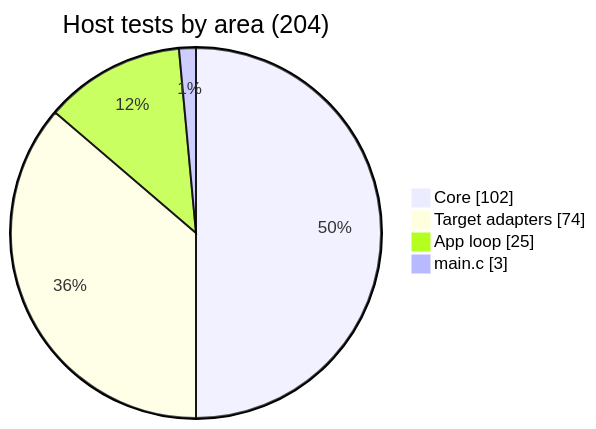
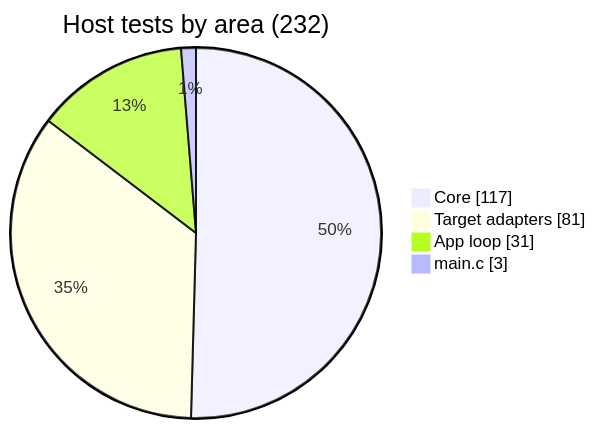
One commit to BonelessPig/nano_sequencer changed diagram 18 of 21 in docs/ARCHITECTURE.md. Above: the diagram before and after it, drawn with Mermaid. The commit also changed other lines of this file and 34 other files, not shown here.

````diff
--- a/docs/ARCHITECTURE.md
+++ b/docs/ARCHITECTURE.md
@@ -647,8 +710,8 @@
 ```mermaid
 pie showData
-    title Host tests by area (204)
-    "Core" : 102
-    "Target adapters" : 74
-    "App loop" : 25
+    title Host tests by area (232)
+    "Core" : 117
+    "Target adapters" : 81
+    "App loop" : 31
     "main.c" : 3
 ```
````
